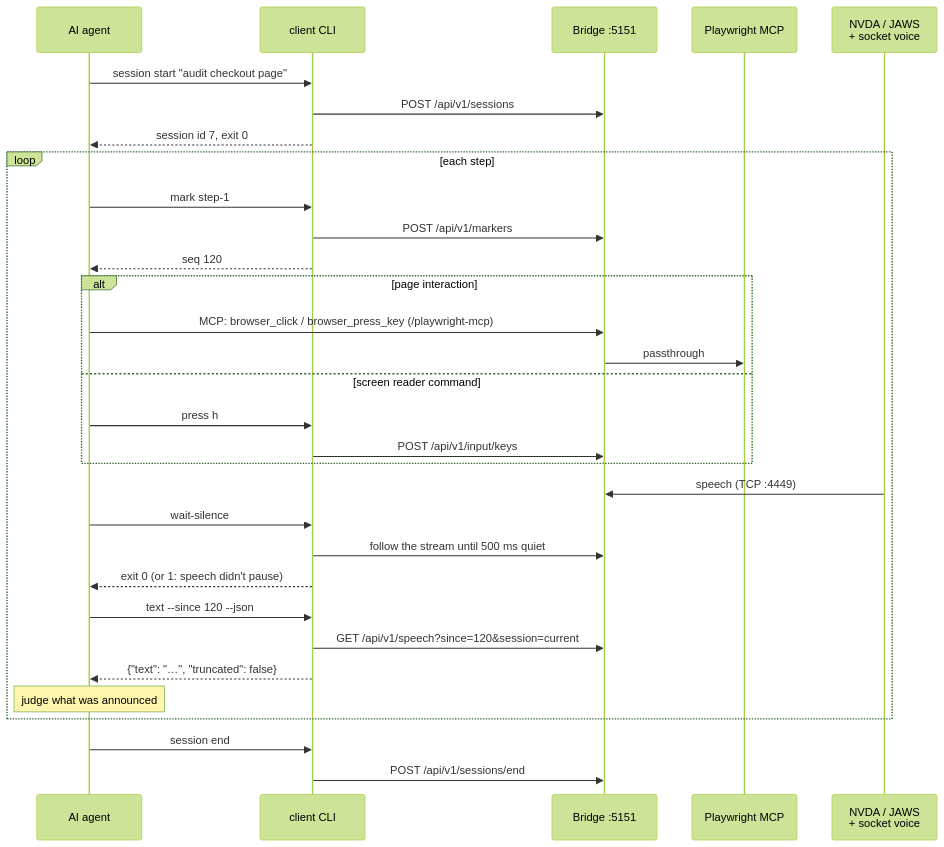
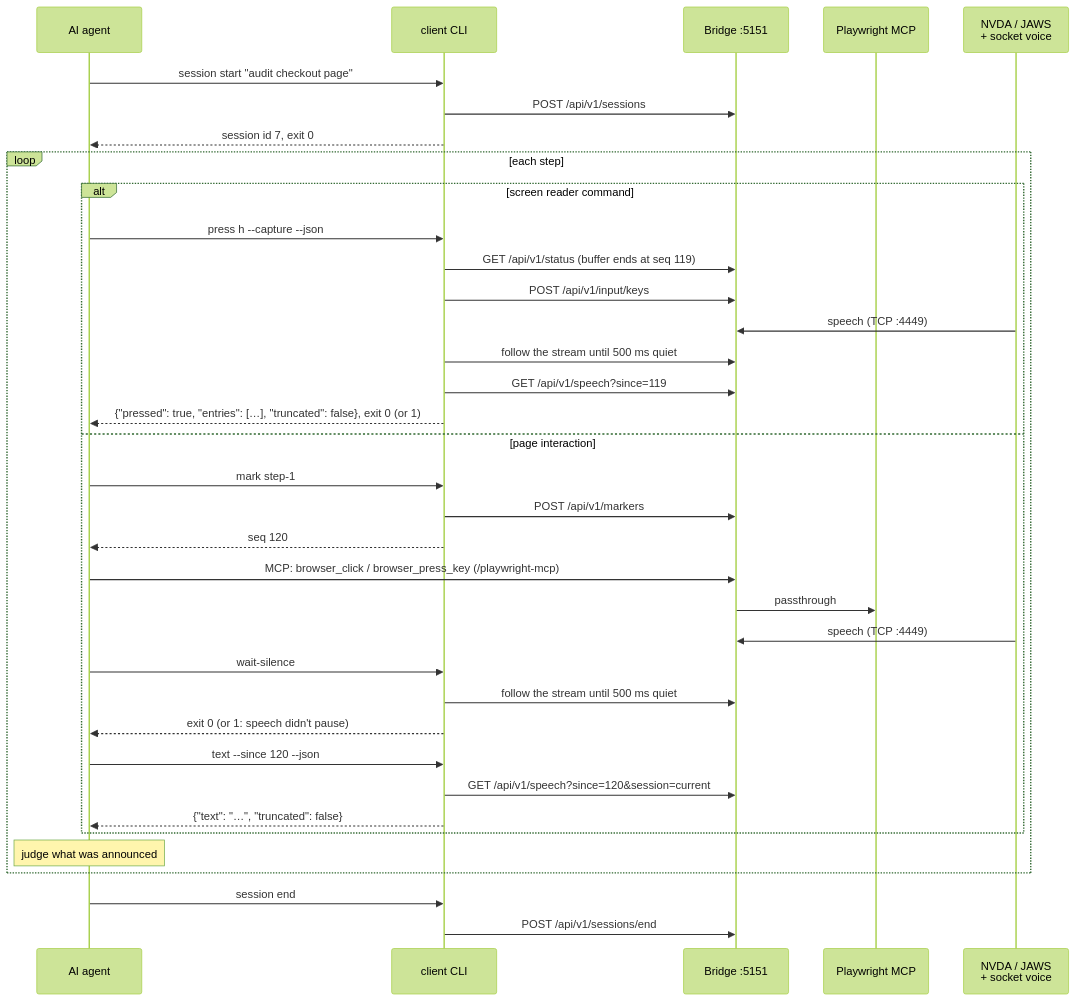
The first of 2 diagrams in docs/usage/flows/agents.md (TimoSto/screenreader-speech-capture), drawn with Mermaid (forest theme) before and after one commit. The commit also changed other lines of this file and 9 other files, not shown here.

First line of the commit message:
feat(client): add --capture to press and click to print the speech they cause (#208)

````diff
--- a/docs/usage/flows/agents.md
+++ b/docs/usage/flows/agents.md
@@ -17,34 +19,39 @@
 ```mermaid
 sequenceDiagram
     participant A as AI agent
     participant CLI as client CLI
     participant B as Bridge :5151
     participant MCP as Playwright MCP
     participant SR as NVDA / JAWS<br/>+ socket voice
 
     A->>CLI: session start "audit checkout page"
     CLI->>B: POST /api/v1/sessions
     CLI-->>A: session id 7, exit 0
     loop each step
-        A->>CLI: mark step-1
-        CLI->>B: POST /api/v1/markers
-        CLI-->>A: seq 120
-        alt page interaction
+        alt screen reader command
+            A->>CLI: press h --capture --json
+            CLI->>B: GET /api/v1/status (buffer ends at seq 119)
+            CLI->>B: POST /api/v1/input/keys
+            SR->>B: speech (TCP :4449)
+            CLI->>B: follow the stream until 500 ms quiet
+            CLI->>B: GET /api/v1/speech?since=119
+            CLI-->>A: {"pressed": true, "entries": […], "truncated": false}, exit 0 (or 1)
+        else page interaction
+            A->>CLI: mark step-1
+            CLI->>B: POST /api/v1/markers
+            CLI-->>A: seq 120
             A->>B: MCP: browser_click / browser_press_key (/playwright-mcp)
             B->>MCP: passthrough
-        else screen reader command
-            A->>CLI: press h
-            CLI->>B: POST /api/v1/input/keys
+            SR->>B: speech (TCP :4449)
+            A->>CLI: wait-silence
+            CLI->>B: follow the stream until 500 ms quiet
+            CLI-->>A: exit 0 (or 1: speech didn't pause)
+            A->>CLI: text --since 120 --json
+            CLI->>B: GET /api/v1/speech?since=120&session=current
+            CLI-->>A: {"text": "…", "truncated": false}
         end
-        SR->>B: speech (TCP :4449)
-        A->>CLI: wait-silence
-        CLI->>B: follow the stream until 500 ms quiet
-        CLI-->>A: exit 0 (or 1: speech didn't pause)
-        A->>CLI: text --since 120 --json
-        CLI->>B: GET /api/v1/speech?since=120&session=current
-        CLI-->>A: {"text": "…", "truncated": false}
         Note over A: judge what was announced
     end
     A->>CLI: session end
     CLI->>B: POST /api/v1/sessions/end
 ```
````
